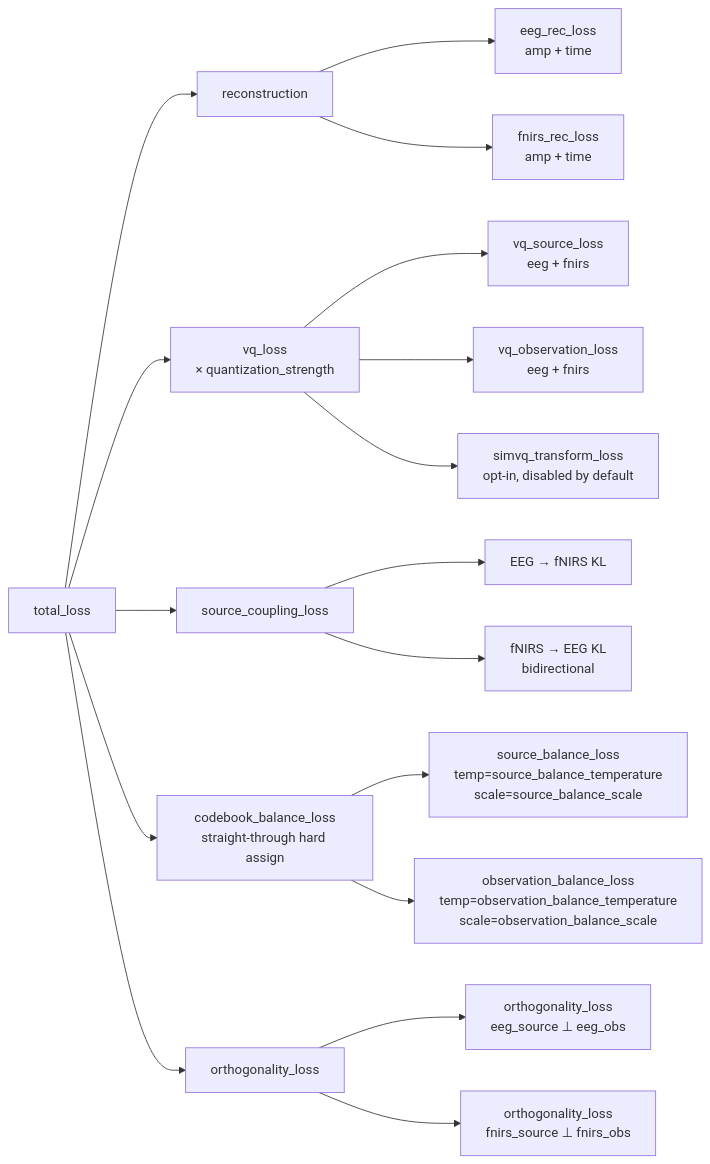
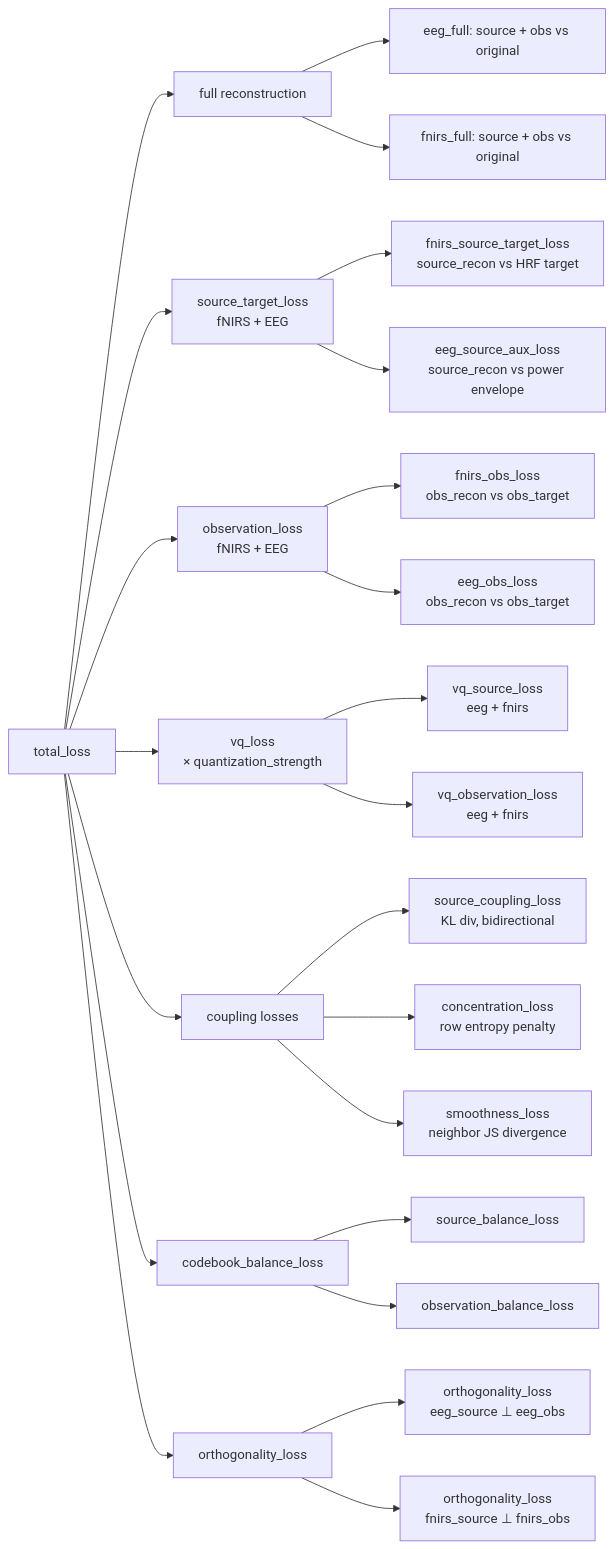
The third of 3 diagrams in docs/ARCHITECTURE.md (Kevin65536/PID-MCM), drawn with Mermaid before and after one commit. The commit also changed other lines of this file and 4 other files, not shown here.

Commit message:
change architecture design and loss design, change implementation phase target

````diff
--- a/docs/ARCHITECTURE.md
+++ b/docs/ARCHITECTURE.md
@@ -147,24 +166,32 @@
 ```mermaid
 graph LR
-    TOTAL[total_loss] --> REC[reconstruction]
+    TOTAL[total_loss] --> REC[full reconstruction]
+    TOTAL --> ST[source_target_loss<br/>fNIRS + EEG]
+    TOTAL --> OT[observation_loss<br/>fNIRS + EEG]
     TOTAL --> VQ[vq_loss<br/>× quantization_strength]
-    TOTAL --> COUP[source_coupling_loss]
-    TOTAL --> BAL[codebook_balance_loss<br/>straight-through hard assign]
+    TOTAL --> COUP[coupling losses]
+    TOTAL --> BAL[codebook_balance_loss]
     TOTAL --> ORTHO[orthogonality_loss]
 
-    REC --> E_REC[eeg_rec_loss<br/>amp + time]
-    REC --> F_REC[fnirs_rec_loss<br/>amp + time]
+    REC --> E_REC[eeg_full: source + obs vs original]
+    REC --> F_REC[fnirs_full: source + obs vs original]
+
+    ST --> ST_F[fnirs_source_target_loss<br/>source_recon vs HRF target]
+    ST --> ST_E[eeg_source_aux_loss<br/>source_recon vs power envelope]
+
+    OT --> OT_F[fnirs_obs_loss<br/>obs_recon vs obs_target]
+    OT --> OT_E[eeg_obs_loss<br/>obs_recon vs obs_target]
 
     VQ --> VQ_S[vq_source_loss<br/>eeg + fnirs]
     VQ --> VQ_O[vq_observation_loss<br/>eeg + fnirs]
-    VQ --> VQ_SIMVQ[simvq_transform_loss<br/>opt-in, disabled by default]
 
-    COUP --> COUP_FWD[EEG → fNIRS KL]
-    COUP --> COUP_REV[fNIRS → EEG KL<br/>bidirectional]
+    COUP --> COUP_KL[source_coupling_loss<br/>KL div, bidirectional]
+    COUP --> COUP_CONC[concentration_loss<br/>row entropy penalty]
+    COUP --> COUP_SMTH[smoothness_loss<br/>neighbor JS divergence]
 
-    BAL --> BAL_S[source_balance_loss<br/>temp=source_balance_temperature<br/>scale=source_balance_scale]
-    BAL --> BAL_O[observation_balance_loss<br/>temp=observation_balance_temperature<br/>scale=observation_balance_scale]
+    BAL --> BAL_S[source_balance_loss]
+    BAL --> BAL_O[observation_balance_loss]
 
     ORTHO --> O_E[orthogonality_loss<br/>eeg_source ⊥ eeg_obs]
     ORTHO --> O_F[orthogonality_loss<br/>fnirs_source ⊥ fnirs_obs]
 ```
````
